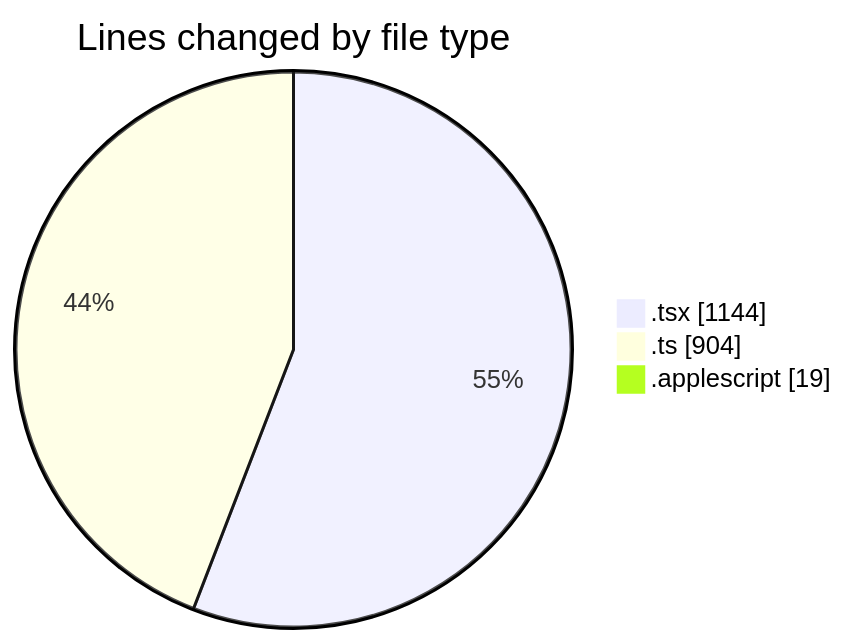
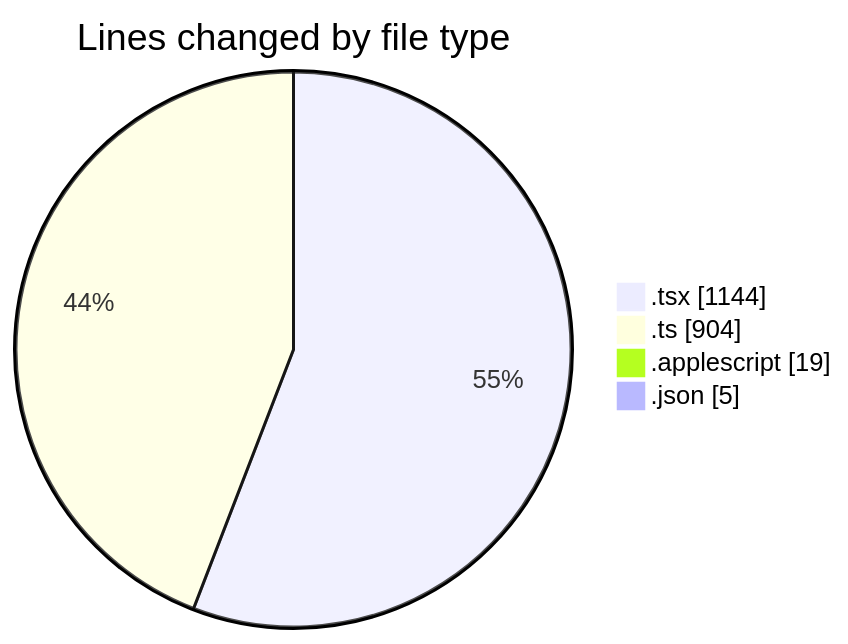
Before and after one commit to EIIisD/code-tracking: the first of 2 diagrams in 2025-07-11/ribbon/README.md, drawn with Mermaid. The commit also changed other lines of this file and 1 other file, not shown here.

````diff
--- a/2025-07-11/ribbon/README.md
+++ b/2025-07-11/ribbon/README.md
@@ -31,7 +32,8 @@
 ```mermaid
 pie showData
 title Lines changed by file type
 ".tsx" : 1144
 ".ts" : 904
 ".applescript" : 19
+".json" : 5
 ```
````
